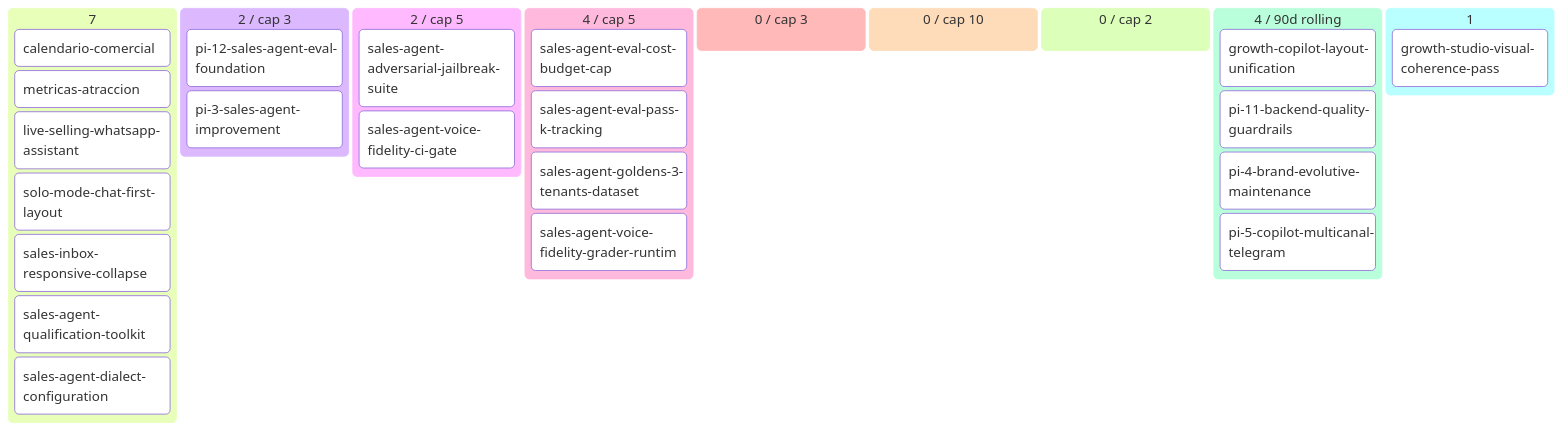
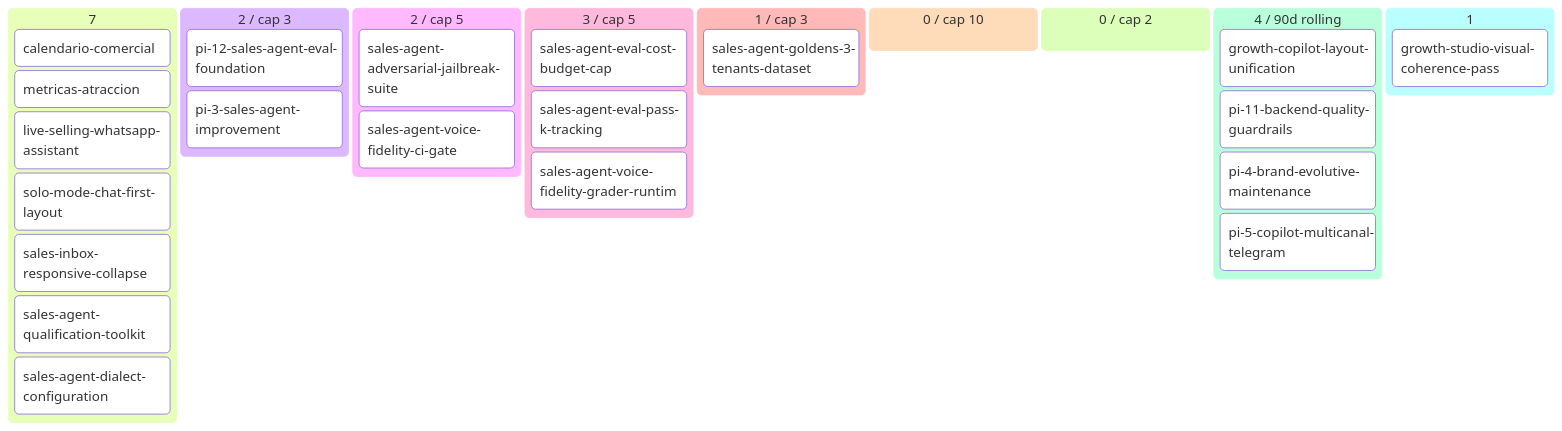
Before and after one commit to alpacapurpura/ap_sales_agent: the diagram in docs/product/BACKLOG.md, drawn with Mermaid. The commit also changed other lines of this file and 4 other files, not shown here.

First line of the commit message:
chore(goldens-d): /dev-team pickup — state ready→developing + CONTEXT-BRIEF

````diff
--- a/docs/product/BACKLOG.md
+++ b/docs/product/BACKLOG.md
@@ -56,32 +55,32 @@
 ```mermaid
 kanban
   💡 Ideas (7)
     calendario-comercial[calendario-comercial]
     metricas-atraccion[metricas-atraccion]
     live-selling-whatsapp-assistan[live-selling-whatsapp-assistant]
     solo-mode-chat-first-layout[solo-mode-chat-first-layout]
     sales-inbox-responsive-collaps[sales-inbox-responsive-collapse]
     sales-agent-qualification-tool[sales-agent-qualification-toolkit]
     sales-agent-dialect-configurat[sales-agent-dialect-configuration]
   🔬 Refining (2 / cap 3)
     pi-12-sales-agent-eval-foundat[pi-12-sales-agent-eval-foundation]
     pi-3-sales-agent-improvement[pi-3-sales-agent-improvement]
   ✅ Refined (2 / cap 5)
     sales-agent-adversarial-jailbr[sales-agent-adversarial-jailbreak-suite]
     sales-agent-voice-fidelity-ci-[sales-agent-voice-fidelity-ci-gate]
-  📦 Ready (4 / cap 5)
+  📦 Ready (3 / cap 5)
     sales-agent-eval-cost-budget-c[sales-agent-eval-cost-budget-cap]
     sales-agent-eval-pass-k-tracki[sales-agent-eval-pass-k-tracking]
+    sales-agent-voice-fidelity-gra[sales-agent-voice-fidelity-grader-runtim]
+  🔨 Developing (1 / cap 3)
     sales-agent-goldens-3-tenants-[sales-agent-goldens-3-tenants-dataset]
-    sales-agent-voice-fidelity-gra[sales-agent-voice-fidelity-grader-runtim]
-  🔨 Developing (0 / cap 3)
   🧪 Developed (0 / cap 10)
   🔍 Reviewing (0 / cap 2)
   ✅ Done (4 / 90d rolling)
     growth-copilot-layout-unificat[growth-copilot-layout-unification]
     pi-11-backend-quality-guardrai[pi-11-backend-quality-guardrails]
     pi-4-brand-evolutive-maintenan[pi-4-brand-evolutive-maintenance]
     pi-5-copilot-multicanal-telegr[pi-5-copilot-multicanal-telegram]
   🅿 Parked (1)
     growth-studio-visual-coherence[growth-studio-visual-coherence-pass]
 ```
````
